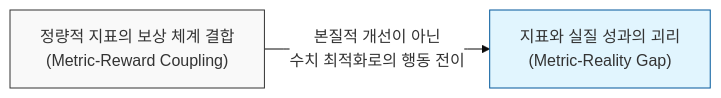
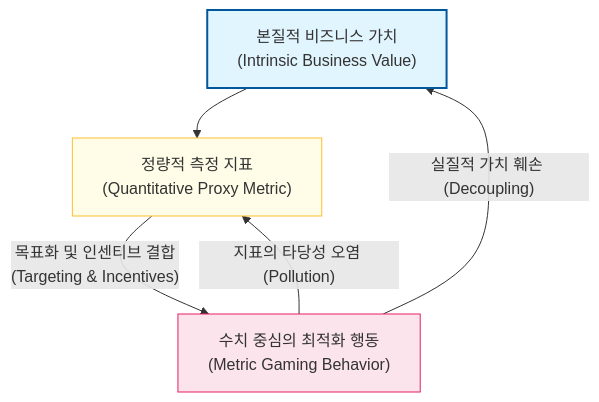
The second of 2 diagrams in docs/laws/goodharts-law.md (jeonck/ai-sw-engineering), drawn with Mermaid before and after one commit. The commit also changed other lines of this file and 29 other files, not shown here.

````diff
--- a/docs/laws/goodharts-law.md
+++ b/docs/laws/goodharts-law.md
@@ -29,7 +30,13 @@
 ```mermaid
-%%{init: { 'theme': 'base', 'themeVariables': { 'edgeLabelBackground': '#fff' }}}%%
-flowchart LR
-    A2["정량적 지표의 보상 체계 결합\n(Metric-Reward Coupling)"] -- "본질적 개선이 아닌\n수치 최적화로의 행동 전이" --> B2["지표와 실질 성과의 괴리\n(Metric-Reality Gap)"]
-    style A2 fill:#f9f9f9,stroke:#333,stroke-width:1px
-    style B2 fill:#e1f5fe,stroke:#01579b,stroke-width:1px
+graph TD
+    Value["본질적 비즈니스 가치\n(Intrinsic Business Value)"] --> Metric["정량적 측정 지표\n(Quantitative Proxy Metric)"]
+    
+    Metric -- "목표화 및 인센티브 결합\n(Targeting & Incentives)" --> Behavior["수치 중심의 최적화 행동\n(Metric Gaming Behavior)"]
+    
+    Behavior -- "실질적 가치 훼손 (Decoupling)" --> Value
+    Behavior -- "지표의 타당성 오염 (Pollution)" --> Metric
+    
+    style Value fill:#e1f5fe,stroke:#01579b,stroke-width:2px
+    style Metric fill:#fffde7,stroke:#fbc02d,stroke-width:1px
+    style Behavior fill:#fce4ec,stroke:#e91e63,stroke-width:1px
 ```
````
